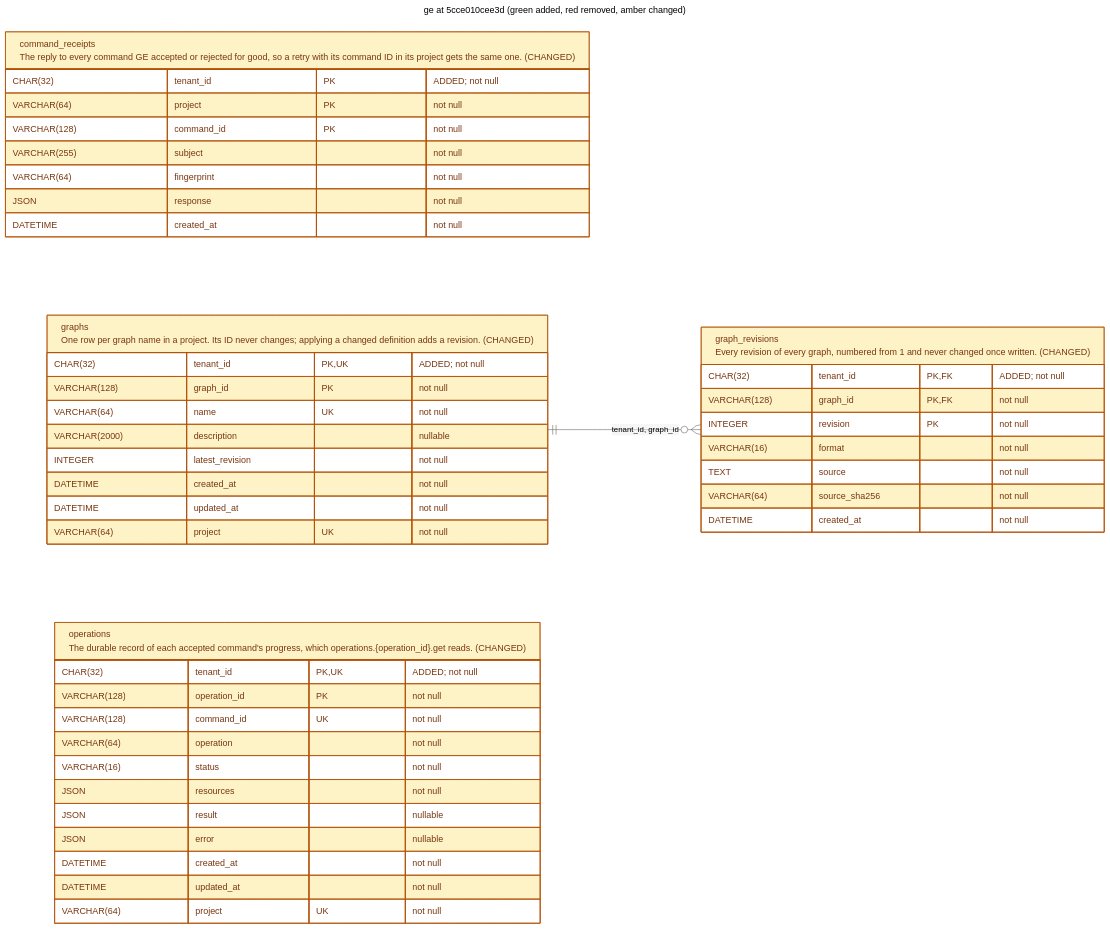
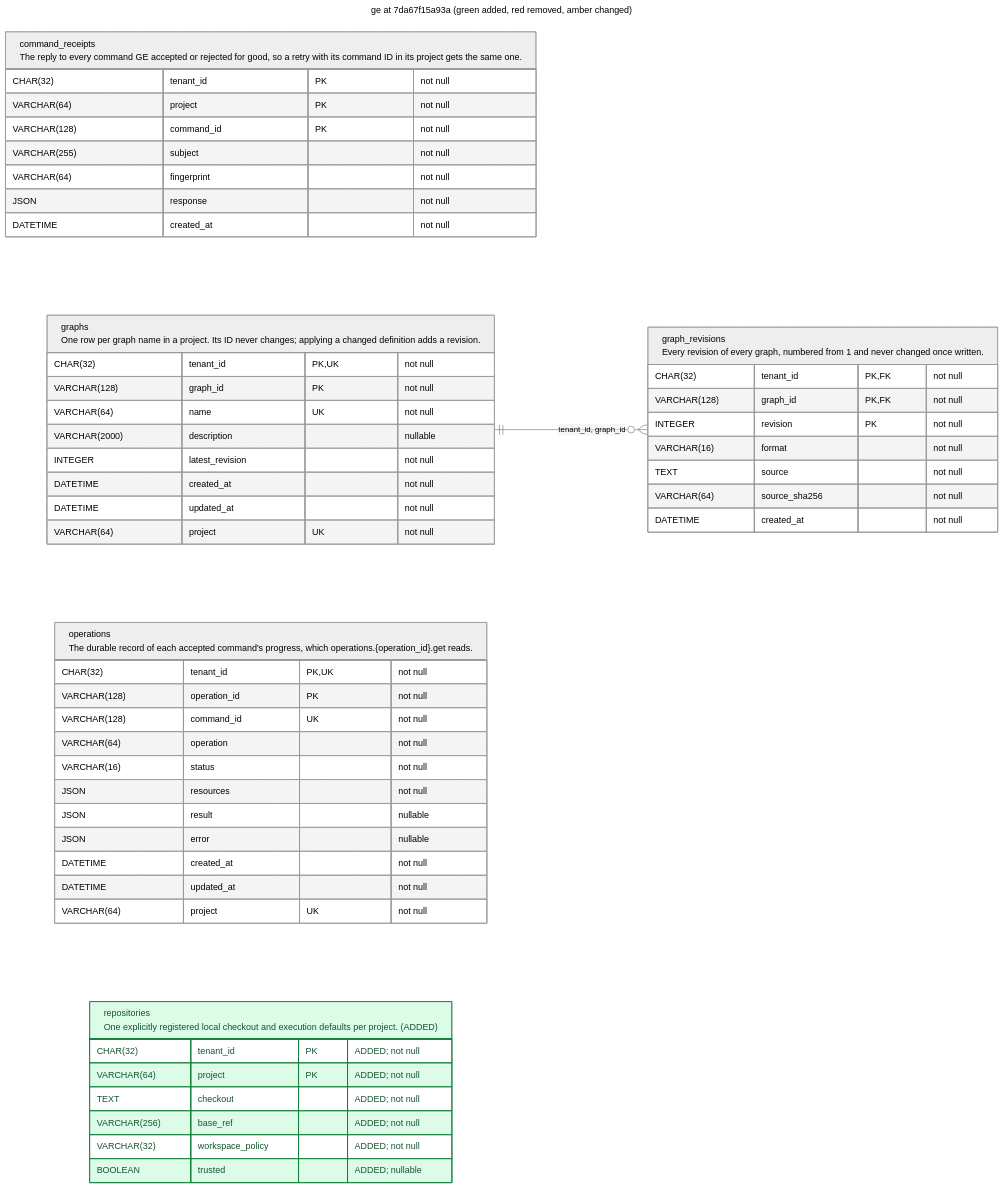
The diagram in v2/docs/schema/latest_ge.mermaid (OpenEngine/OpenEngine), drawn with Mermaid before and after one commit. The commit also changed 4 other files, not shown here.

Commit message:
docs: update service schemas

```diff
--- a/v2/docs/schema/latest_ge.mermaid
+++ b/v2/docs/schema/latest_ge.mermaid
@@ -1,59 +1,64 @@
 ---
-title: ge at 5cce010cee3d (green added, red removed, amber changed)
+title: ge at 7da67f15a93a (green added, red removed, amber changed)
 config:
   theme: neutral
 ---
 erDiagram
     direction LR
     %% REMOVED tables/columns are tombstones, absent from this revision's schema.
     %% Column changes include type, nullability, default and key membership.
     %% Table changes also include indexes and constraints.
     classDef added fill:#dcfce7,stroke:#15803d,color:#14532d
     classDef removed fill:#fee2e2,stroke:#b91c1c,color:#7f1d1d
     classDef changed fill:#fef3c7,stroke:#b45309,color:#78350f
-    command_receipts["command_receipts<br/>The reply to every command GE accepted or rejected for good, so a retry with its command ID in its project gets the same one. (CHANGED)"] {
-        CHAR(32) tenant_id PK "ADDED; not null"
+    command_receipts["command_receipts<br/>The reply to every command GE accepted or rejected for good, so a retry with its command ID in its project gets the same one."] {
+        CHAR(32) tenant_id PK "not null"
         VARCHAR(64) project PK "not null"
         VARCHAR(128) command_id PK "not null"
         VARCHAR(255) subject "not null"
         VARCHAR(64) fingerprint "not null"
         JSON response "not null"
         DATETIME created_at "not null"
     }
-    class command_receipts changed
-    graph_revisions["graph_revisions<br/>Every revision of every graph, numbered from 1 and never changed once written. (CHANGED)"] {
-        CHAR(32) tenant_id PK,FK "ADDED; not null"
+    graph_revisions["graph_revisions<br/>Every revision of every graph, numbered from 1 and never changed once written."] {
+        CHAR(32) tenant_id PK,FK "not null"
         VARCHAR(128) graph_id PK,FK "not null"
         INTEGER revision PK "not null"
         VARCHAR(16) format "not null"
         TEXT source "not null"
         VARCHAR(64) source_sha256 "not null"
         DATETIME created_at "not null"
     }
-    class graph_revisions changed
     graphs ||--o{ graph_revisions : "tenant_id, graph_id"
-    graphs["graphs<br/>One row per graph name in a project. Its ID never changes; applying a changed definition adds a revision. (CHANGED)"] {
-        CHAR(32) tenant_id PK,UK "ADDED; not null"
+    graphs["graphs<br/>One row per graph name in a project. Its ID never changes; applying a changed definition adds a revision."] {
+        CHAR(32) tenant_id PK,UK "not null"
         VARCHAR(128) graph_id PK "not null"
         VARCHAR(64) name UK "not null"
         VARCHAR(2000) description "nullable"
         INTEGER latest_revision "not null"
         DATETIME created_at "not null"
         DATETIME updated_at "not null"
         VARCHAR(64) project UK "not null"
     }
-    class graphs changed
-    operations["operations<br/>The durable record of each accepted command's progress, which operations.{operation_id}.get reads. (CHANGED)"] {
-        CHAR(32) tenant_id PK,UK "ADDED; not null"
+    operations["operations<br/>The durable record of each accepted command's progress, which operations.{operation_id}.get reads."] {
+        CHAR(32) tenant_id PK,UK "not null"
         VARCHAR(128) operation_id PK "not null"
         VARCHAR(128) command_id UK "not null"
         VARCHAR(64) operation "not null"
         VARCHAR(16) status "not null"
         JSON resources "not null"
         JSON result "nullable"
         JSON error "nullable"
         DATETIME created_at "not null"
         DATETIME updated_at "not null"
         VARCHAR(64) project UK "not null"
     }
-    class operations changed
+    repositories["repositories<br/>One explicitly registered local checkout and execution defaults per project. (ADDED)"] {
+        CHAR(32) tenant_id PK "ADDED; not null"
+        VARCHAR(64) project PK "ADDED; not null"
+        TEXT checkout "ADDED; not null"
+        VARCHAR(256) base_ref "ADDED; not null"
+        VARCHAR(32) workspace_policy "ADDED; not null"
+        BOOLEAN trusted "ADDED; nullable"
+    }
+    class repositories added
```
